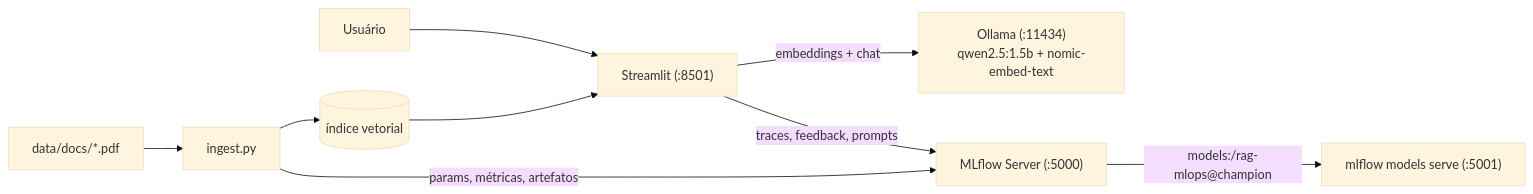
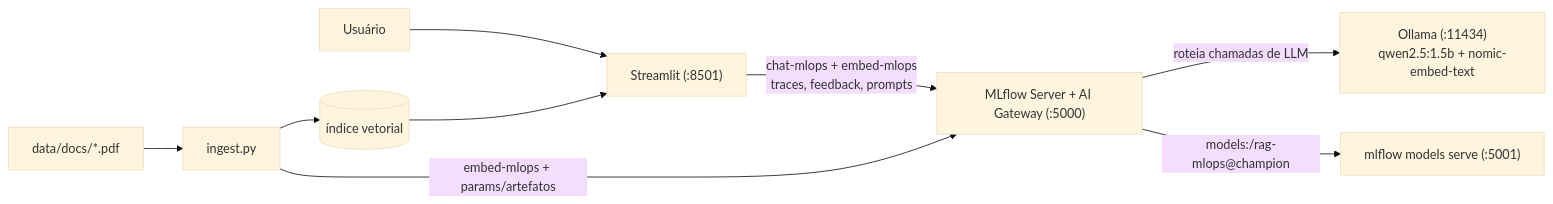
Before and after one commit to joaopedrofontes/mlops_sem1: the diagram in README.md, drawn with Mermaid (base theme). The commit also changed other lines of this file and 6 other files, not shown here.

Commit message:
feat: integra MLflow AI Gateway para roteamento de chat e embeddings

````diff
--- a/README.md
+++ b/README.md
@@ -32,10 +32,10 @@
 ```mermaid
 flowchart LR
     U[Usuário] --> APP["Streamlit (:8501)"]
-    APP -->|"embeddings + chat"| OLL["Ollama (:11434)<br/>qwen2.5:1.5b + nomic-embed-text"]
-    APP -->|"traces, feedback, prompts"| MLF["MLflow Server (:5000)"]
+    APP -->|"chat-mlops + embed-mlops<br/>traces, feedback, prompts"| MLF["MLflow Server + AI Gateway (:5000)"]
+    MLF -->|"roteia chamadas de LLM"| OLL["Ollama (:11434)<br/>qwen2.5:1.5b + nomic-embed-text"]
     PDF["data/docs/*.pdf"] --> ING[ingest.py] --> IDX[(índice vetorial)]
     IDX --> APP
-    ING -->|"params, métricas, artefatos"| MLF
+    ING -->|"embed-mlops + params/artefatos"| MLF
     MLF -->|"models:/rag-mlops@champion"| SRV["mlflow models serve (:5001)"]
 ```
````
